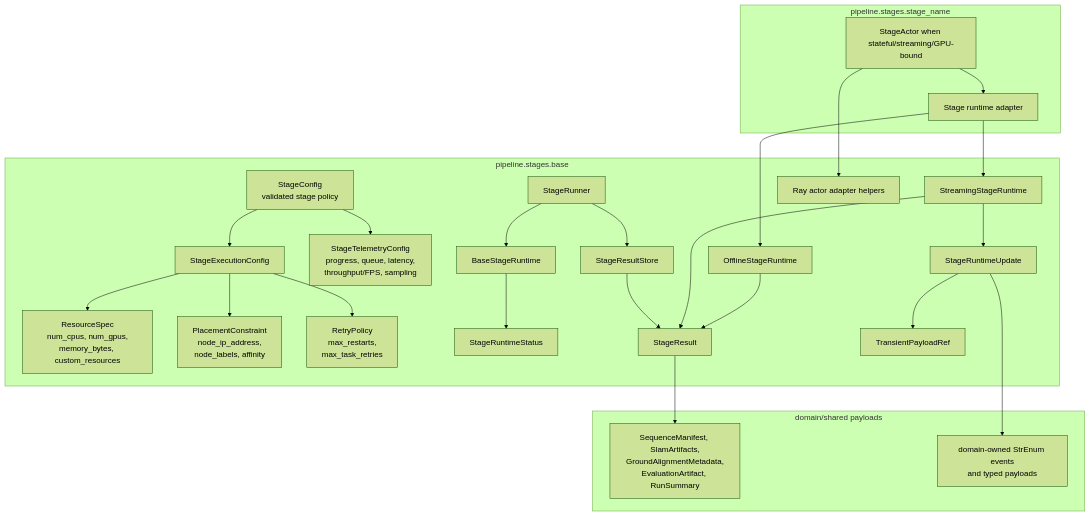
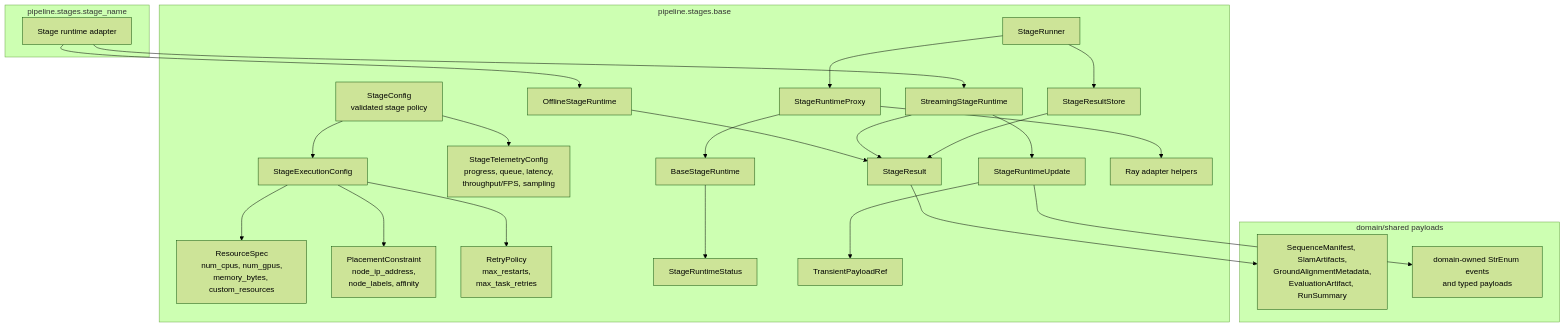
Before and after one commit to JanDuchscherer104/prml-vslam: the second of 17 diagrams in docs/architecture/pipeline-stage-refactor-target.md, drawn with Mermaid (forest theme). The commit also changed other lines of this file and 6 other files, not shown here.

````diff
--- a/docs/architecture/pipeline-stage-refactor-target.md
+++ b/docs/architecture/pipeline-stage-refactor-target.md
@@ -205,51 +204,51 @@
 ```mermaid
 flowchart TB
     subgraph Base["pipeline.stages.base"]
         StageConfig["StageConfig<br/>validated stage policy"]
         ExecutionConfig["StageExecutionConfig"]
         Resources["ResourceSpec<br/>num_cpus, num_gpus,<br/>memory_bytes, custom_resources"]
         Placement["PlacementConstraint<br/>node_ip_address,<br/>node_labels, affinity"]
         Retry["RetryPolicy<br/>max_restarts,<br/>max_task_retries"]
         Telemetry["StageTelemetryConfig<br/>progress, queue, latency,<br/>throughput/FPS, sampling"]
         RuntimeStatus["StageRuntimeStatus"]
         StageResult["StageResult"]
         StageUpdate["StageRuntimeUpdate"]
         PayloadRef["TransientPayloadRef"]
         BaseProtocol["BaseStageRuntime"]
         OfflineProtocol["OfflineStageRuntime"]
         StreamingProtocol["StreamingStageRuntime"]
         ResultStore["StageResultStore"]
         Runner["StageRunner"]
-        RayHelpers["Ray actor adapter helpers"]
+        RuntimeProxy["StageRuntimeProxy"]
+        RayHelpers["Ray adapter helpers"]
     end
 
     subgraph StageImpl["pipeline.stages.stage_name"]
         StageRuntime["Stage runtime adapter"]
-        OptionalActor["StageActor when stateful/streaming/GPU-bound"]
     end
 
     subgraph DomainPayloads["domain/shared payloads"]
         Payloads["SequenceManifest, SlamArtifacts,<br/>GroundAlignmentMetadata,<br/>EvaluationArtifact, RunSummary"]
         DomainEvents["domain-owned StrEnum events<br/>and typed payloads"]
     end
 
     StageConfig --> ExecutionConfig
     ExecutionConfig --> Resources
     ExecutionConfig --> Placement
     ExecutionConfig --> Retry
     StageConfig --> Telemetry
     BaseProtocol --> RuntimeStatus
     OfflineProtocol --> StageResult
     StreamingProtocol --> StageUpdate
     StreamingProtocol --> StageResult
     StageUpdate --> PayloadRef
     StageUpdate --> DomainEvents
     StageResult --> Payloads
     ResultStore --> StageResult
     Runner --> ResultStore
-    Runner --> BaseProtocol
+    Runner --> RuntimeProxy
+    RuntimeProxy --> BaseProtocol
+    RuntimeProxy --> RayHelpers
     StageRuntime --> OfflineProtocol
     StageRuntime --> StreamingProtocol
-    OptionalActor --> RayHelpers
-    OptionalActor --> StageRuntime
 ```
````
